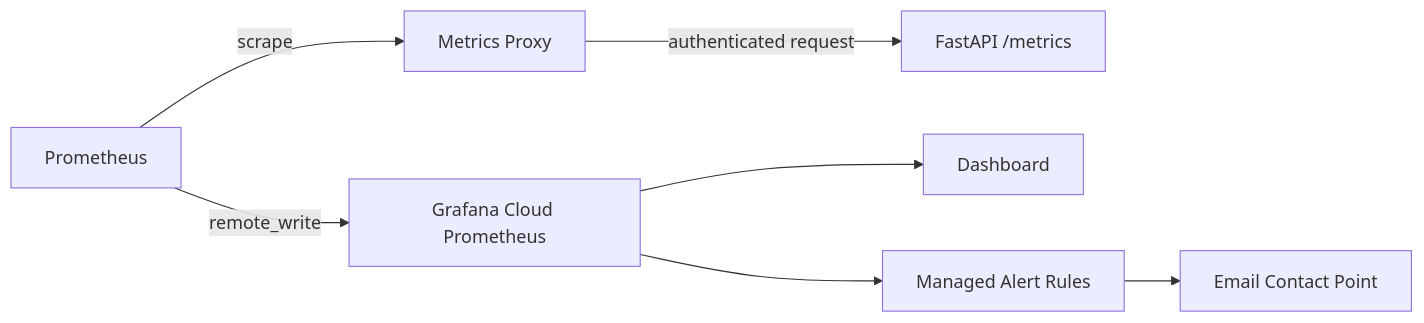
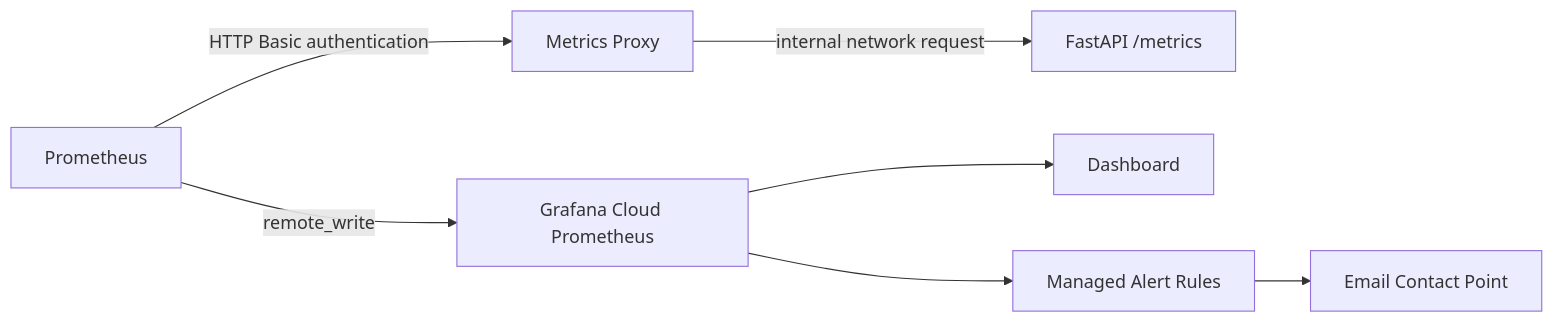
One commit to sepantakamali/E2EPRAIIP changed the diagram in docs/observability.md. Above: the diagram before and after it, drawn with Mermaid. The commit also changed other lines of this file and 15 other files, not shown here.

````diff
--- a/docs/observability.md
+++ b/docs/observability.md
@@ -9,9 +24,9 @@
 ```mermaid
 flowchart LR
-    Prometheus -->|scrape| Proxy[Metrics Proxy]
-    Proxy -->|authenticated request| API[FastAPI /metrics]
+    Prometheus -->|HTTP Basic authentication| Proxy[Metrics Proxy]
+    Proxy -->|internal network request| API[FastAPI /metrics]
     Prometheus -->|remote_write| Cloud[Grafana Cloud Prometheus]
     Cloud --> Dashboard[Dashboard]
     Cloud --> Rules[Managed Alert Rules]
     Rules --> Email[Email Contact Point]
 ```
````
